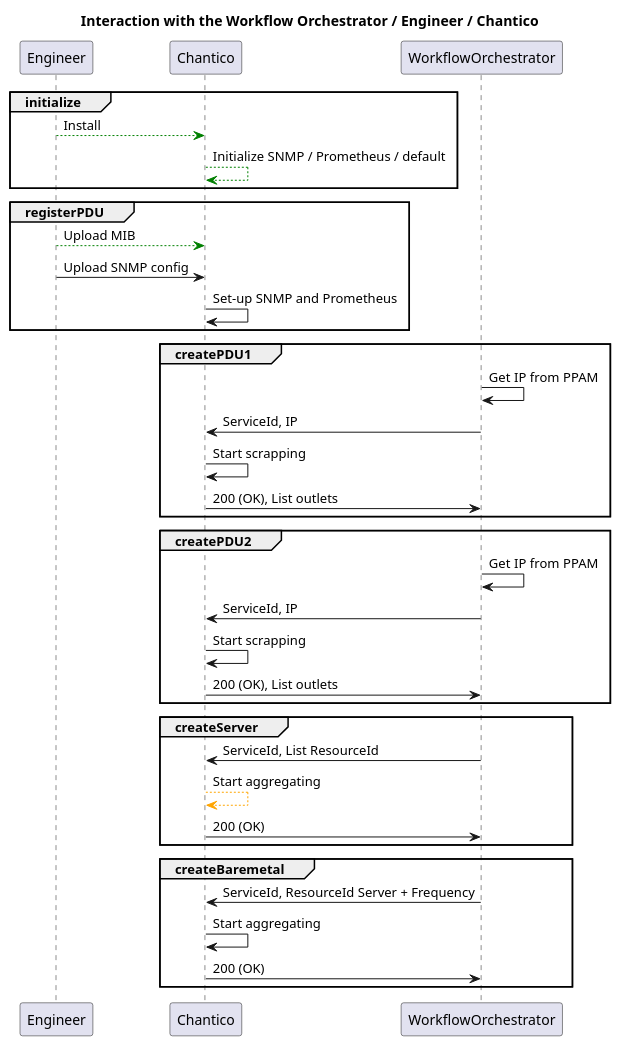
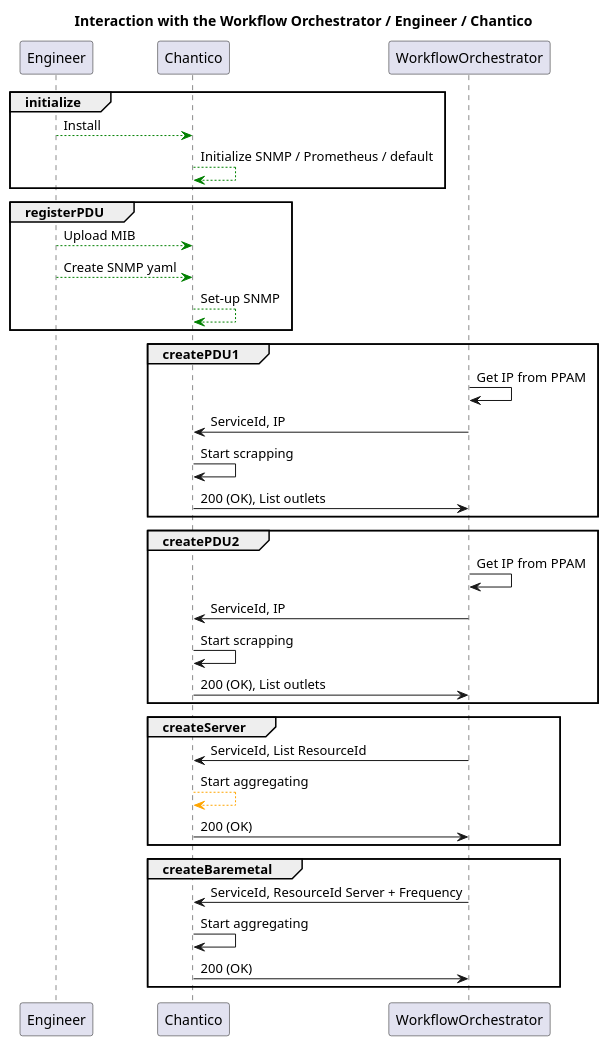
One commit to TNO-MISD/chantico changed the diagram in docs/puml/workflows-edc-interactions.puml. Above: the diagram before and after it, drawn with PlantUML. The commit also changed 13 other files, not shown here.

Commit message:
Add MeasurementDevice to set-up SNMP

```diff
--- a/docs/puml/workflows-edc-interactions.puml
+++ b/docs/puml/workflows-edc-interactions.puml
@@ -1,40 +1,40 @@
 @startuml
 title: Interaction with the Workflow Orchestrator / Engineer / Chantico
 
 group initialize
 	Engineer -[#green]-> Chantico: Install
 	Chantico -[#green]-> Chantico: Initialize SNMP / Prometheus / default
 end
 
 group registerPDU
 Engineer -[#green]-> Chantico: Upload MIB
-Engineer -> Chantico: Upload SNMP config
-Chantico -> Chantico: Set-up SNMP and Prometheus
+Engineer -[#green]-> Chantico: Create SNMP yaml
+Chantico -[#green]-> Chantico: Set-up SNMP
 end
 
 group createPDU1
 WorkflowOrchestrator -> WorkflowOrchestrator: Get IP from PPAM
 WorkflowOrchestrator -> Chantico: ServiceId, IP
 Chantico -> Chantico: Start scrapping
 Chantico -> WorkflowOrchestrator: 200 (OK), List outlets
 end createPDU
 
 group createPDU2
 WorkflowOrchestrator -> WorkflowOrchestrator: Get IP from PPAM
 WorkflowOrchestrator -> Chantico: ServiceId, IP
 Chantico -> Chantico: Start scrapping
 Chantico -> WorkflowOrchestrator: 200 (OK), List outlets
 end createPDU
 
 group createServer
 WorkflowOrchestrator -> Chantico: ServiceId, List ResourceId
 Chantico -[#orange]-> Chantico: Start aggregating
 Chantico -> WorkflowOrchestrator: 200 (OK)
 end createServer
 
 group createBaremetal
 WorkflowOrchestrator -> Chantico: ServiceId, ResourceId Server + Frequency
 Chantico -> Chantico: Start aggregating
 Chantico -> WorkflowOrchestrator: 200 (OK)
 end createBaremetal
 @enduml
```
